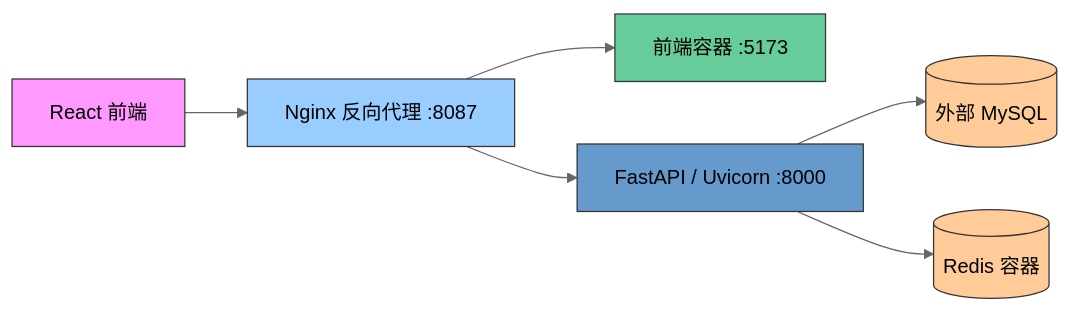
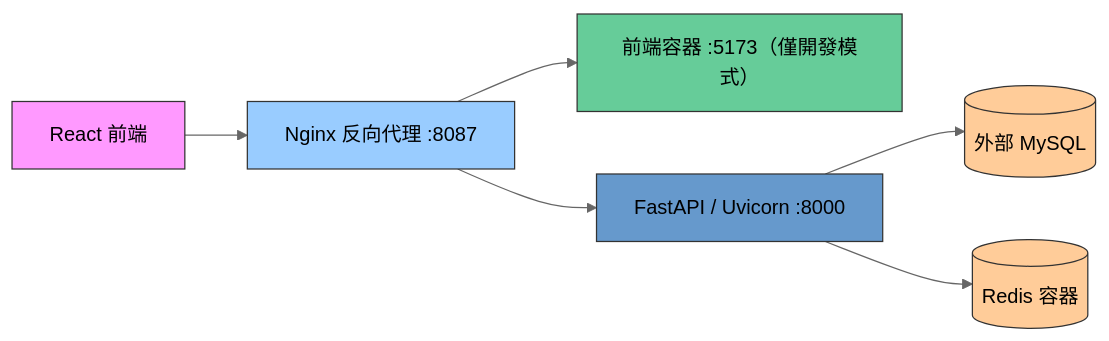
Before and after one commit to BpsEason/smtms: the diagram in README.md, drawn with Mermaid (neutral theme). The commit also changed other lines of this file and 1 other file, not shown here.

````diff
--- a/README.md
+++ b/README.md
@@ -48,15 +50,15 @@
 ```mermaid
 flowchart LR
     Browser[React 前端] --> Nginx[Nginx 反向代理 :8087]
-    Nginx --> Frontend_Service[前端容器 :5173]
+    Nginx --> Frontend_Service[前端容器 :5173（僅開發模式）]
     Nginx --> Backend_Service[FastAPI / Uvicorn :8000]
     Backend_Service --> MySQL[(外部 MySQL)]
     Backend_Service --> Redis[(Redis 容器)]
 
     style Browser fill:#f9f,stroke:#333
     style Nginx fill:#9cf,stroke:#333
     style Frontend_Service fill:#6c9,stroke:#333
     style Backend_Service fill:#69c,stroke:#333
     style MySQL fill:#fc9,stroke:#333
     style Redis fill:#fc9,stroke:#333
 ```
````
